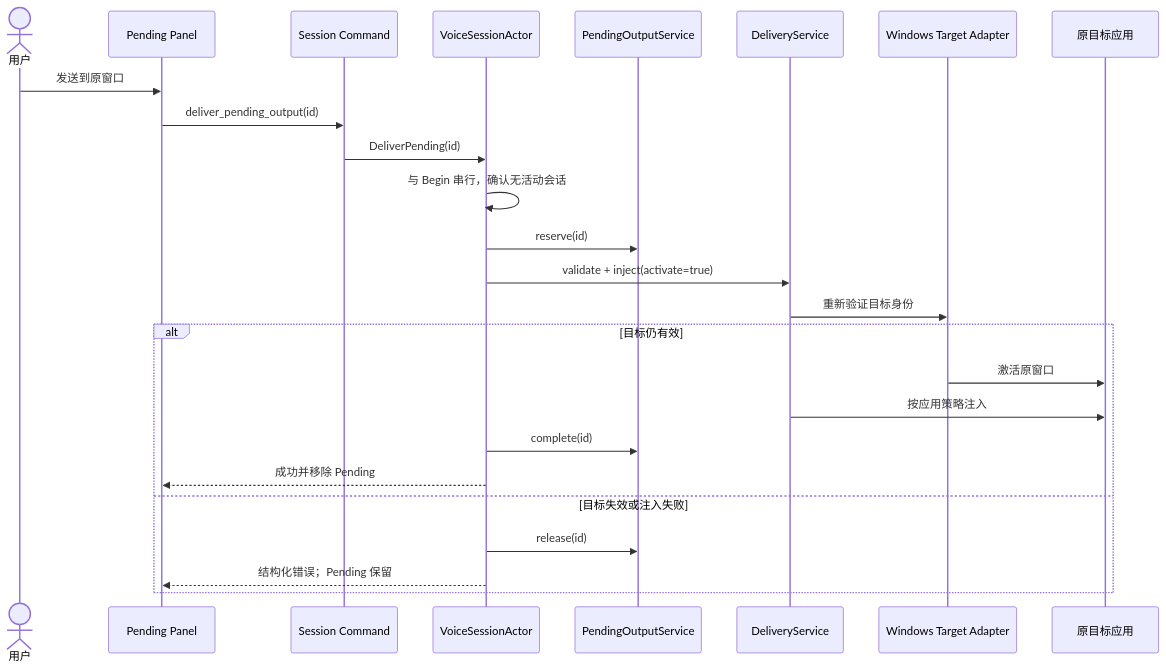
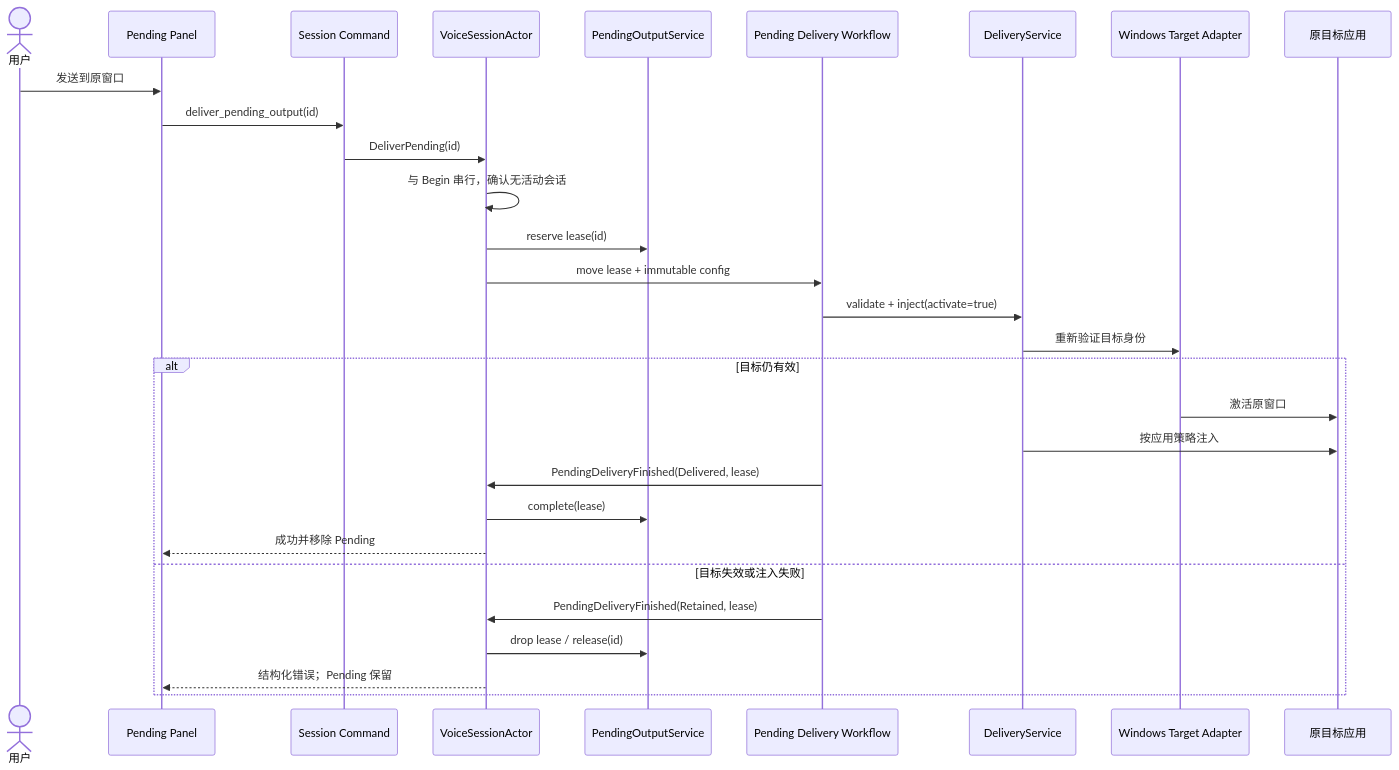
The third of 6 diagrams in docs/architecture/runtime-views.md (zhongwater123/Zephyr), drawn with Mermaid before and after one commit. The commit also changed other lines of this file and 61 other files, not shown here.

````diff
--- a/docs/architecture/runtime-views.md
+++ b/docs/architecture/runtime-views.md
@@ -117,28 +139,32 @@
 ```mermaid
 sequenceDiagram
     actor User as 用户
     participant UI as Pending Panel
     participant CMD as Session Command
     participant ACT as VoiceSessionActor
     participant PEND as PendingOutputService
+    participant WF as Pending Delivery Workflow
     participant DEL as DeliveryService
     participant WIN as Windows Target Adapter
     participant APP as 原目标应用
 
     User->>UI: 发送到原窗口
     UI->>CMD: deliver_pending_output(id)
     CMD->>ACT: DeliverPending(id)
     ACT->>ACT: 与 Begin 串行，确认无活动会话
-    ACT->>PEND: reserve(id)
-    ACT->>DEL: validate + inject(activate=true)
+    ACT->>PEND: reserve lease(id)
+    ACT->>WF: move lease + immutable config
+    WF->>DEL: validate + inject(activate=true)
     DEL->>WIN: 重新验证目标身份
     alt 目标仍有效
         WIN->>APP: 激活原窗口
         DEL->>APP: 按应用策略注入
-        ACT->>PEND: complete(id)
+        WF->>ACT: PendingDeliveryFinished(Delivered, lease)
+        ACT->>PEND: complete(lease)
         ACT-->>UI: 成功并移除 Pending
     else 目标失效或注入失败
-        ACT->>PEND: release(id)
+        WF->>ACT: PendingDeliveryFinished(Retained, lease)
+        ACT->>PEND: drop lease / release(id)
         ACT-->>UI: 结构化错误；Pending 保留
     end
 ```
````
